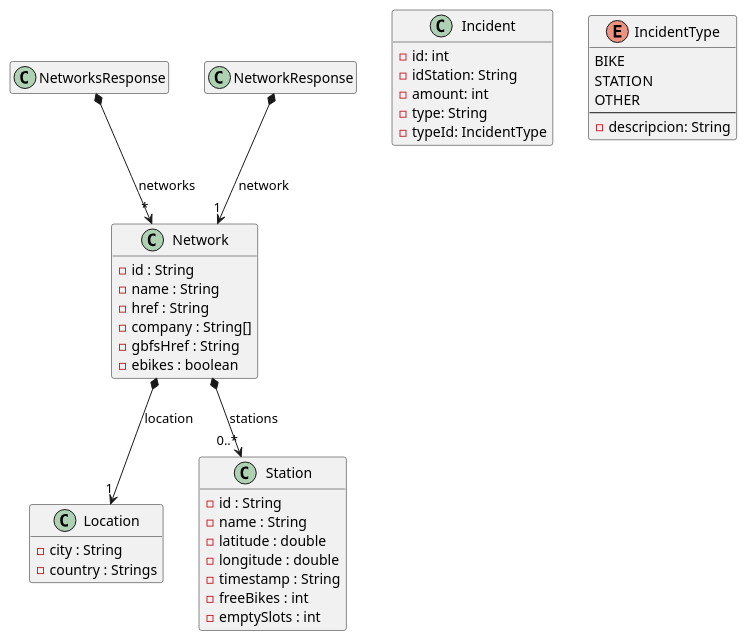
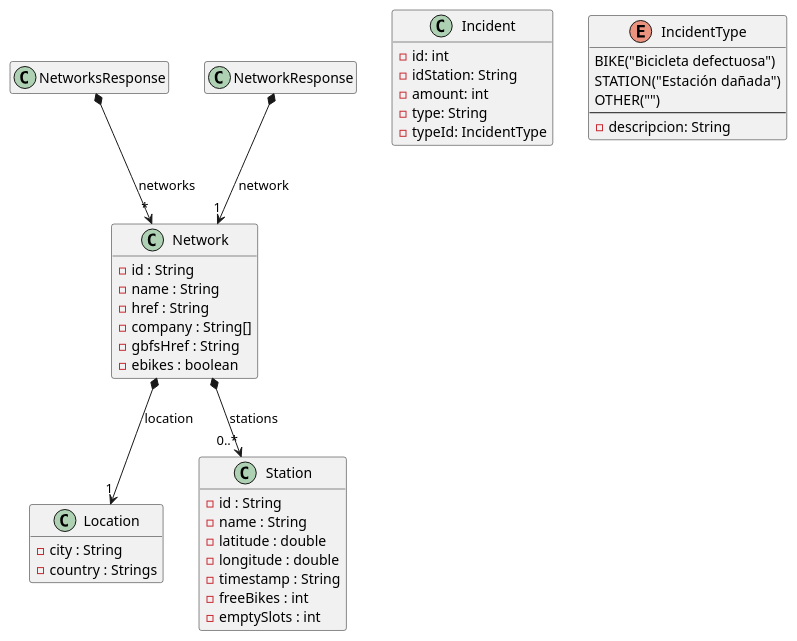
The diagram in Docs/Models/domain.puml (isunican/App-Bicis-Grupo1), drawn with PlantUML before and after one commit. The commit also changed 1 other file, not shown here.

```diff
--- a/Docs/Models/domain.puml
+++ b/Docs/Models/domain.puml
@@ -1,58 +1,58 @@
 @startuml
 
 hide empty members
 
 class Network {
     - id : String
     - name : String
     - href : String
     - company : String[]
     - gbfsHref : String
     - ebikes : boolean
 }
 
 class Location {
     - city : String
     - country : Strings
 }
 
 class NetworksResponse {
 
 }
 
 class NetworkResponse {
     
 }
 
 class Station {
     - id : String
     - name : String
     - latitude : double
     - longitude : double
     - timestamp : String
     - freeBikes : int
     - emptySlots : int
 }
 
 class Incident {
     - id: int
     - idStation: String
     - amount: int
     - type: String
     - typeId: IncidentType
 }
 
 enum IncidentType {
-    BIKE
-    STATION
-    OTHER
+    BIKE("Bicicleta defectuosa")
+    STATION("Estación dañada")
+    OTHER("")
     --
     - descripcion: String
 }
 
 Network *--> "1" Location : location
 Network *--> "0..*" Station : stations
 NetworksResponse *--> "*" Network : networks
 NetworkResponse *--> "1" Network : network
 
 @enduml
```
